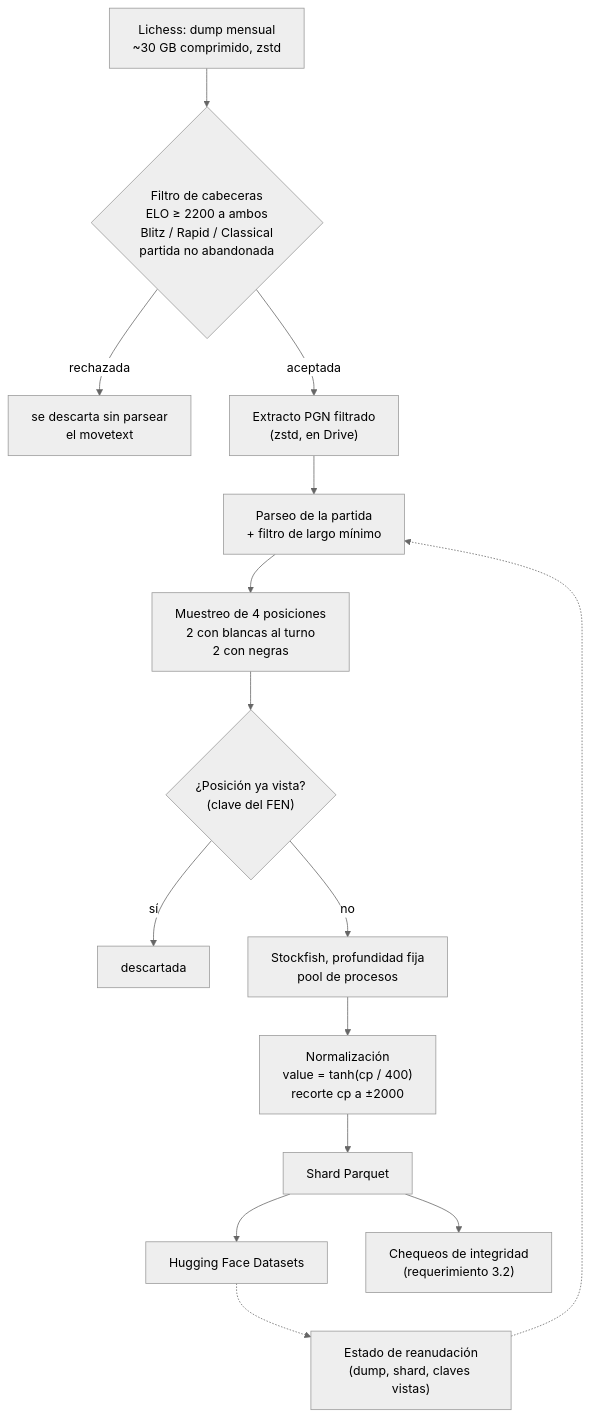
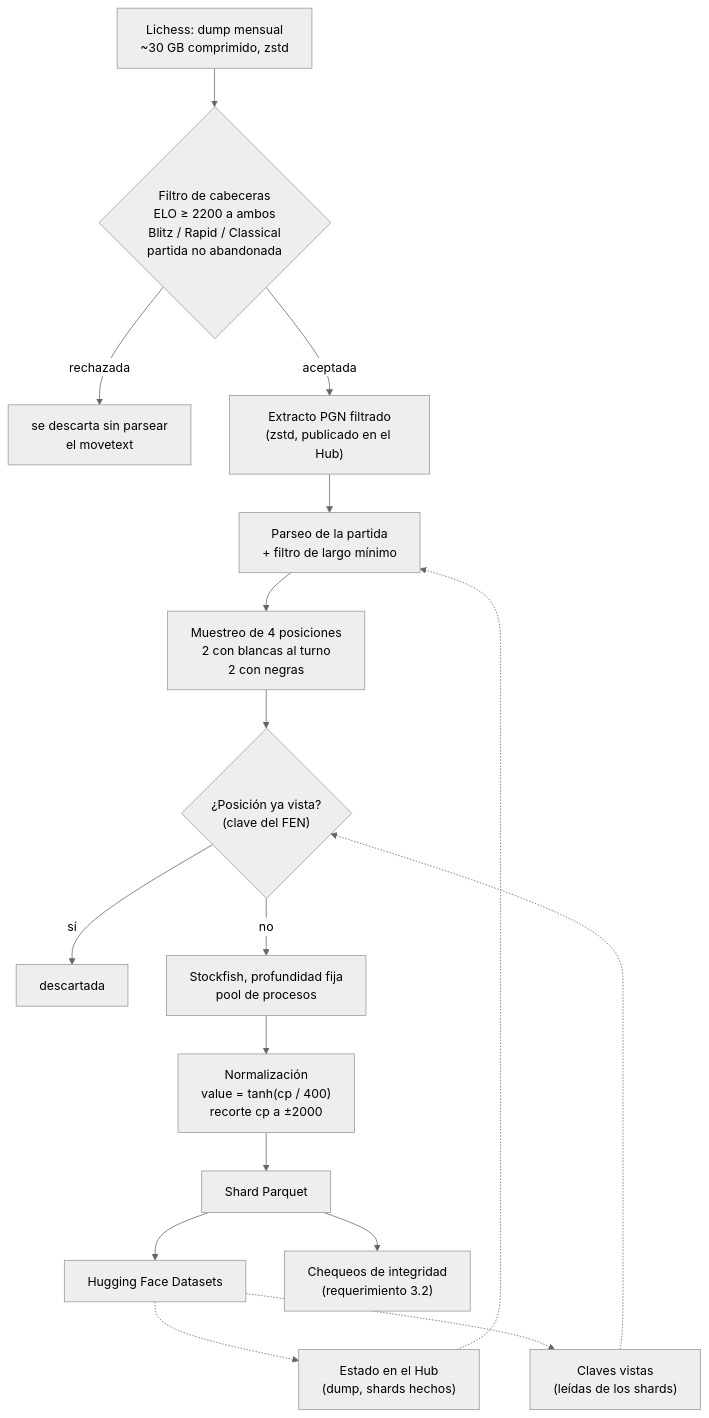
The diagram in docs/pipeline.md (zFonta/CEIA-TF-Chess-DL), drawn with Mermaid (neutral theme) before and after one commit. The commit also changed other lines of this file and 13 other files, not shown here.

````diff
--- a/docs/pipeline.md
+++ b/docs/pipeline.md
@@ -9,20 +9,22 @@
 ```mermaid
 flowchart TD
     A["Lichess: dump mensual<br/>~30 GB comprimido, zstd"] --> B{"Filtro de cabeceras<br/>ELO ≥ 2200 a ambos<br/>Blitz / Rapid / Classical<br/>partida no abandonada"}
     B -->|rechazada| B1["se descarta sin parsear<br/>el movetext"]
-    B -->|aceptada| C["Extracto PGN filtrado<br/>(zstd, en Drive)"]
+    B -->|aceptada| C["Extracto PGN filtrado<br/>(zstd, publicado en el Hub)"]
 
     C --> D["Parseo de la partida<br/>+ filtro de largo mínimo"]
     D --> E["Muestreo de 4 posiciones<br/>2 con blancas al turno<br/>2 con negras"]
     E --> F{"¿Posición ya vista?<br/>(clave del FEN)"}
     F -->|sí| F1["descartada"]
     F -->|no| G["Stockfish, profundidad fija<br/>pool de procesos"]
 
     G --> H["Normalización<br/>value = tanh(cp / 400)<br/>recorte cp a ±2000"]
     H --> I["Shard Parquet"]
     I --> J["Hugging Face Datasets"]
     I --> K["Chequeos de integridad<br/>(requerimiento 3.2)"]
 
-    J -.-> L["Estado de reanudación<br/>(dump, shard, claves vistas)"]
+    J -.-> L["Estado en el Hub<br/>(dump, shards hechos)"]
+    J -.-> M["Claves vistas<br/>(leídas de los shards)"]
     L -.-> D
+    M -.-> F
 ```
````
